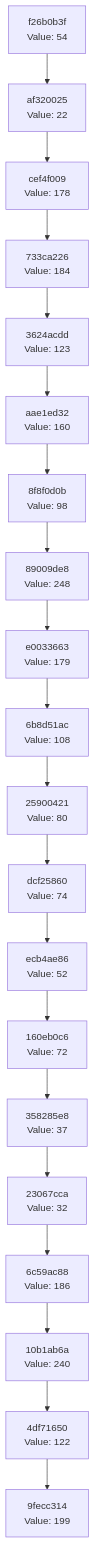
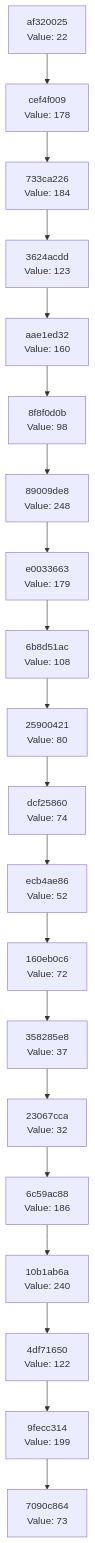
The diagram in docs/CHAIN_VISUALIZATION.md (Abhisheksinha1506/hash-chain-evolver), drawn with Mermaid before and after one commit. The commit also changed 1 other file, not shown here.

Commit message:
Evolution step: hash 0x49 → action executed

````diff
--- a/docs/CHAIN_VISUALIZATION.md
+++ b/docs/CHAIN_VISUALIZATION.md
@@ -3,42 +3,42 @@
 ```mermaid
 graph TD
-    C0["9fecc314<br/>Value: 199"]
-    C1["4df71650<br/>Value: 122"]
+    C0["7090c864<br/>Value: 73"]
+    C1["9fecc314<br/>Value: 199"]
     C1 --> C0
-    C2["10b1ab6a<br/>Value: 240"]
+    C2["4df71650<br/>Value: 122"]
     C2 --> C1
-    C3["6c59ac88<br/>Value: 186"]
+    C3["10b1ab6a<br/>Value: 240"]
     C3 --> C2
-    C4["23067cca<br/>Value: 32"]
+    C4["6c59ac88<br/>Value: 186"]
     C4 --> C3
-    C5["358285e8<br/>Value: 37"]
+    C5["23067cca<br/>Value: 32"]
     C5 --> C4
-    C6["160eb0c6<br/>Value: 72"]
+    C6["358285e8<br/>Value: 37"]
     C6 --> C5
-    C7["ecb4ae86<br/>Value: 52"]
+    C7["160eb0c6<br/>Value: 72"]
     C7 --> C6
-    C8["dcf25860<br/>Value: 74"]
+    C8["ecb4ae86<br/>Value: 52"]
     C8 --> C7
-    C9["25900421<br/>Value: 80"]
+    C9["dcf25860<br/>Value: 74"]
     C9 --> C8
-    C10["6b8d51ac<br/>Value: 108"]
+    C10["25900421<br/>Value: 80"]
     C10 --> C9
-    C11["e0033663<br/>Value: 179"]
+    C11["6b8d51ac<br/>Value: 108"]
     C11 --> C10
-    C12["89009de8<br/>Value: 248"]
+    C12["e0033663<br/>Value: 179"]
     C12 --> C11
-    C13["8f8f0d0b<br/>Value: 98"]
+    C13["89009de8<br/>Value: 248"]
     C13 --> C12
-    C14["aae1ed32<br/>Value: 160"]
+    C14["8f8f0d0b<br/>Value: 98"]
     C14 --> C13
-    C15["3624acdd<br/>Value: 123"]
+    C15["aae1ed32<br/>Value: 160"]
     C15 --> C14
-    C16["733ca226<br/>Value: 184"]
+    C16["3624acdd<br/>Value: 123"]
     C16 --> C15
-    C17["cef4f009<br/>Value: 178"]
+    C17["733ca226<br/>Value: 184"]
     C17 --> C16
-    C18["af320025<br/>Value: 22"]
+    C18["cef4f009<br/>Value: 178"]
     C18 --> C17
-    C19["f26b0b3f<br/>Value: 54"]
+    C19["af320025<br/>Value: 22"]
     C19 --> C18
 ```
````
